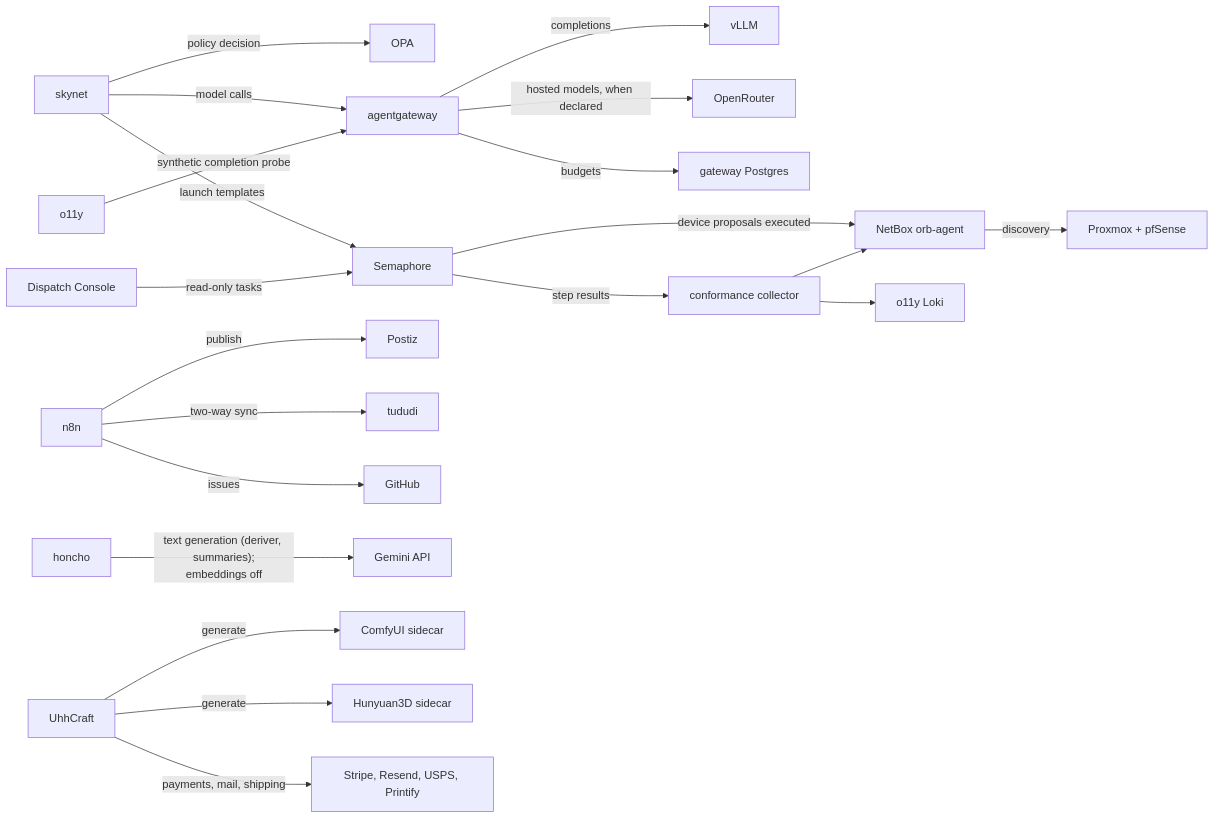
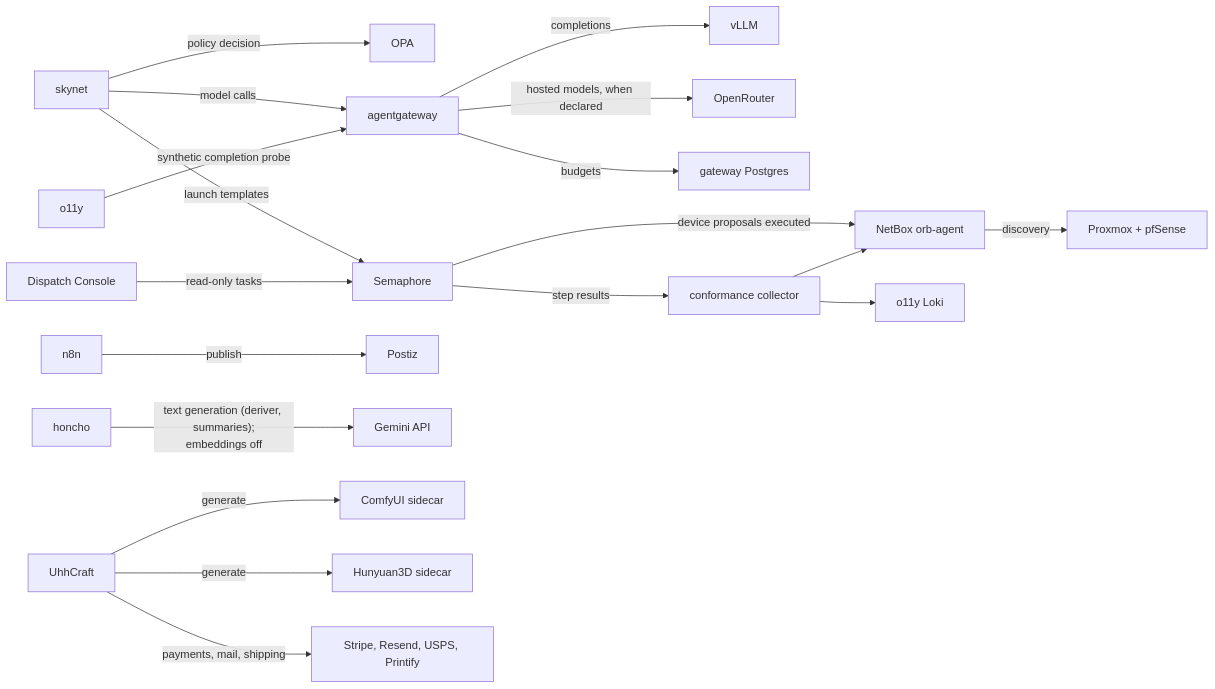
Before and after one commit to uhstray-io/agent-cloud: the fifth of 10 diagrams in plan/architecture/service-architecture.md, drawn with Mermaid. The commit also changed other lines of this file and 6 other files, not shown here.

````diff
--- a/plan/architecture/service-architecture.md
+++ b/plan/architecture/service-architecture.md
@@ -312,23 +312,21 @@
 ```mermaid
 flowchart LR
     SKY["skynet"] -->|"policy decision"| OPA["OPA"]
     SKY -->|"model calls"| AGW["agentgateway"]
     SKY -->|"launch templates"| SEM["Semaphore"]
     AGW -->|"completions"| VLLM["vLLM"]
     AGW -->|"hosted models, when declared"| OR["OpenRouter"]
     AGW -->|"budgets"| AGWDB["gateway Postgres"]
     CON["Dispatch Console"] -->|"read-only tasks"| SEM
     N8N["n8n"] -->|"publish"| PZ["Postiz"]
-    N8N -->|"two-way sync"| TD["tududi"]
-    N8N -->|"issues"| GH["GitHub"]
     HON["honcho"] -->|"text generation (deriver, summaries);<br/>embeddings off"| GEM["Gemini API"]
     UHH["UhhCraft"] -->|"generate"| CUI["ComfyUI sidecar"]
     UHH -->|"generate"| HUN["Hunyuan3D sidecar"]
     UHH -->|"payments, mail, shipping"| EXT["Stripe, Resend, USPS, Printify"]
     NB["NetBox orb-agent"] -->|"discovery"| PVE["Proxmox + pfSense"]
     SEM -->|"device proposals executed"| NB
     O11Y["o11y"] -->|"synthetic completion probe"| AGW
     SEM -->|"step results"| COL["conformance collector"]
     COL --> NB
     COL --> LOKI["o11y Loki"]
 ```
````
